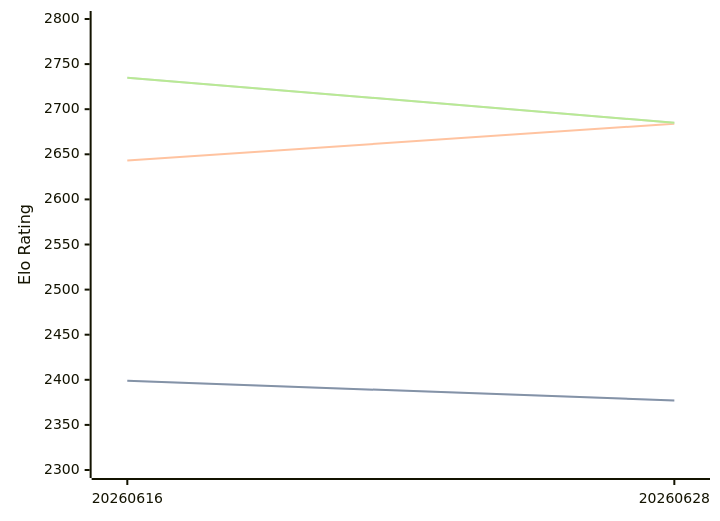
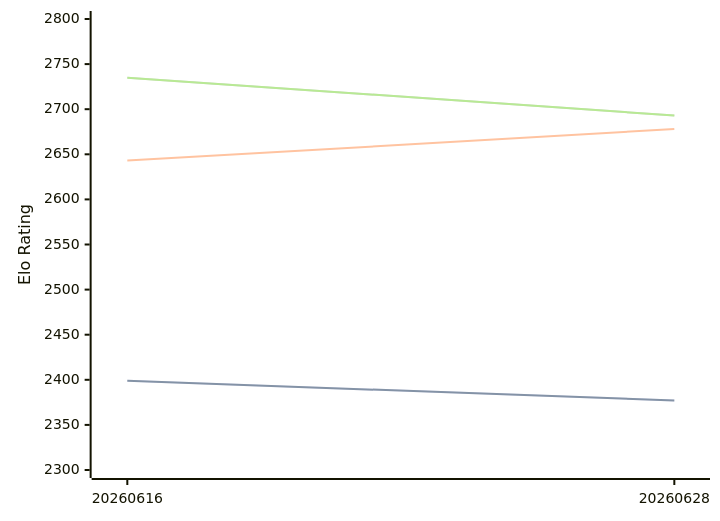
One commit to computer-chess-index/cci changed the first of 3 diagrams in engines/Askaig.md. Above: the diagram before and after it, drawn with Mermaid. The commit also changed other lines of this file, not shown here.

Commit message:
Update CCI Ratings (ELO VLTC) - 2026-07-01

````diff
--- a/engines/Askaig.md
+++ b/engines/Askaig.md
@@ -34,11 +34,11 @@
 ```mermaid
 %%{init: {"theme":"base","themeVariables":{"seriesColors:['#a3a3a3','#222221','#faa371']}}}%%
 xychart-beta
   x-axis ["20260616", "20260628"]
   y-axis "Elo Rating" 2300 --> 2800
   line "STC (8.0+0.08s)" [2399, 2377]
   line "STC (8.0+0.08s)" [2399, 2377]
-  line "LTC (60.0+0.60s)" [2643, 2684]
-  line "VLTC (2m24s+1.12s)" [2735, 2685]
-  line "VLTC (2m24s+1.12s)" [2735, 2685]
+  line "LTC (60.0+0.60s)" [2643, 2678]
+  line "VLTC (2m24s+1.12s)" [2735, 2693]
+  line "VLTC (2m24s+1.12s)" [2735, 2693]
 ```
````
